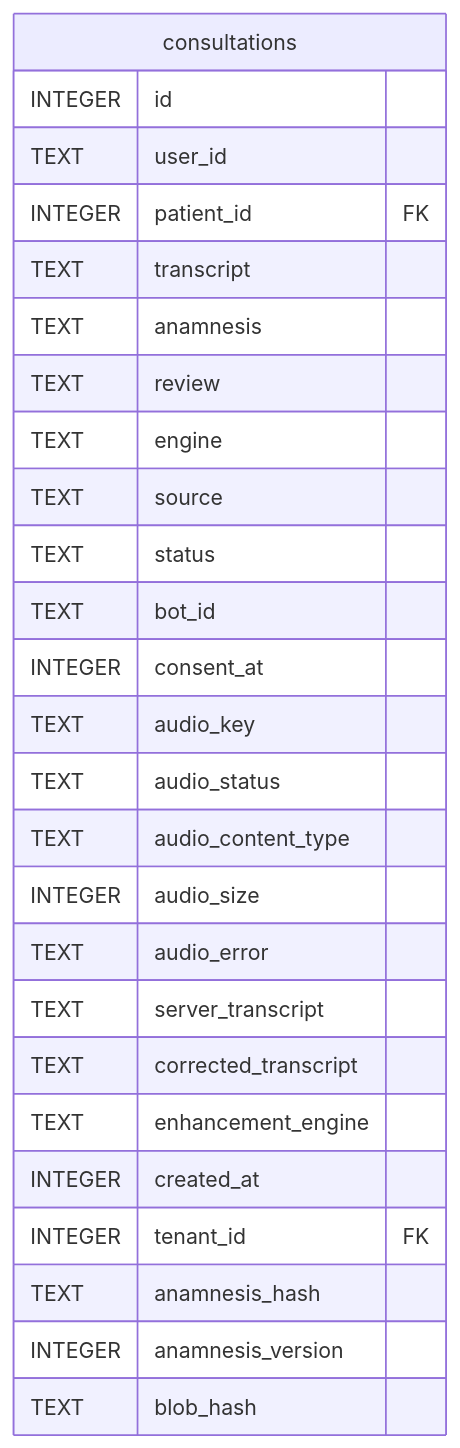
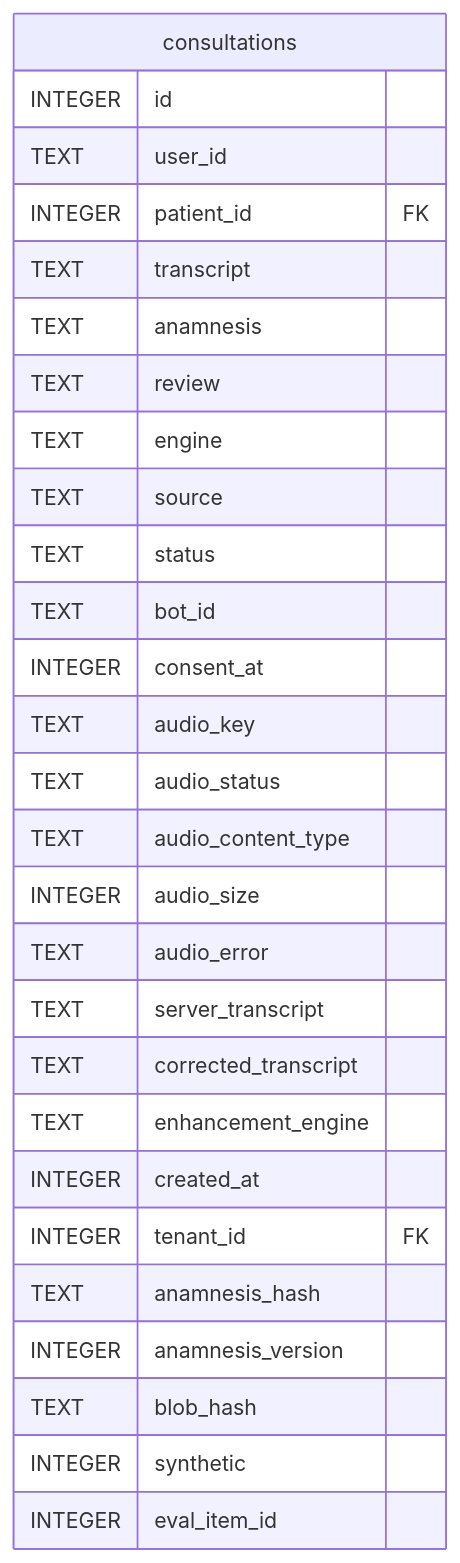
The diagram in content/docs/pt-BR/developers/plugins/consultations/reference/schema.mmd (ktbhealth/docs), drawn with Mermaid before and after one commit. The commit also changed 23 other files, not shown here.

First line of the commit message:
docs(erd): eval_run_record + consultations synthetic/eval_item_id (product main)

```diff
--- a/content/docs/pt-BR/developers/plugins/consultations/reference/schema.mmd
+++ b/content/docs/pt-BR/developers/plugins/consultations/reference/schema.mmd
@@ -1,29 +1,31 @@
 erDiagram
 
 
 "consultations" {
   INTEGER id
   TEXT user_id
   INTEGER patient_id FK
   TEXT transcript
   TEXT anamnesis
   TEXT review
   TEXT engine
   TEXT source
   TEXT status
   TEXT bot_id
   INTEGER consent_at
   TEXT audio_key
   TEXT audio_status
   TEXT audio_content_type
   INTEGER audio_size
   TEXT audio_error
   TEXT server_transcript
   TEXT corrected_transcript
   TEXT enhancement_engine
   INTEGER created_at
   INTEGER tenant_id FK
   TEXT anamnesis_hash
   INTEGER anamnesis_version
   TEXT blob_hash
+  INTEGER synthetic
+  INTEGER eval_item_id
 }
```
